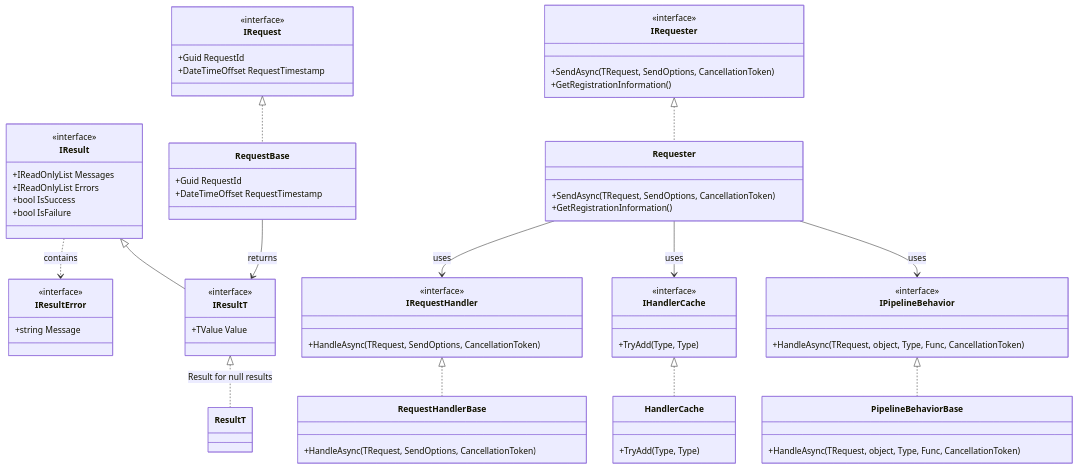
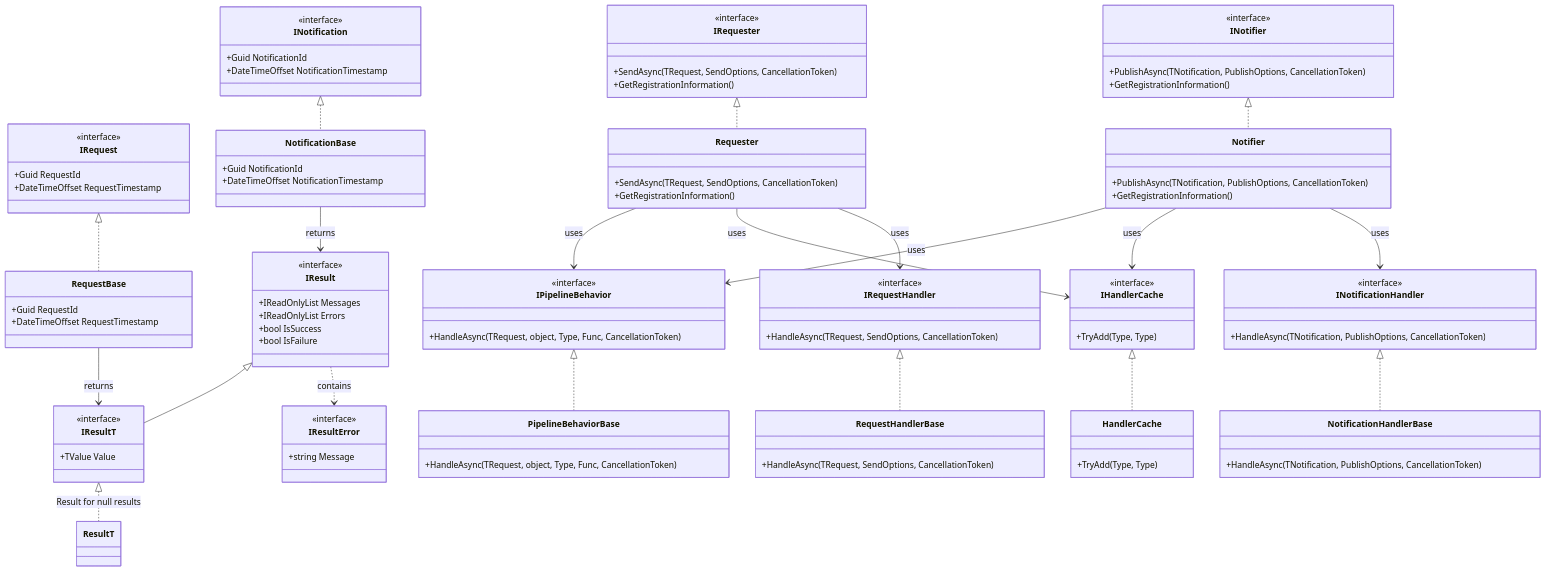
The diagram in docs/features-requester-notifier.md (BridgingIT-GmbH/bITdevKit), drawn with Mermaid before and after one commit. The commit also changed other lines of this file and 5 other files, not shown here.

````diff
--- a/docs/features-requester-notifier.md
+++ b/docs/features-requester-notifier.md
@@ -56,6 +65,12 @@
     class IRequester {
         <<interface>>
         +SendAsync(TRequest, SendOptions, CancellationToken)
+        +GetRegistrationInformation()
+    }
+
+    class INotifier {
+        <<interface>>
+        +PublishAsync(TNotification, PublishOptions, CancellationToken)
         +GetRegistrationInformation()
     }
 
@@ -83,6 +98,12 @@
         +DateTimeOffset RequestTimestamp
     }
 
+    class INotification {
+        <<interface>>
+        +Guid NotificationId
+        +DateTimeOffset NotificationTimestamp
+    }
+
     class IPipelineBehavior {
         <<interface>>
         +HandleAsync(TRequest, object, Type, Func, CancellationToken)
@@ -98,14 +119,29 @@
         +HandleAsync(TRequest, SendOptions, CancellationToken)
     }
 
+    class INotificationHandler {
+        <<interface>>
+        +HandleAsync(TNotification, PublishOptions, CancellationToken)
+    }
+
     class Requester {
         +SendAsync(TRequest, SendOptions, CancellationToken)
+        +GetRegistrationInformation()
+    }
+
+    class Notifier {
+        +PublishAsync(TNotification, PublishOptions, CancellationToken)
         +GetRegistrationInformation()
     }
 
     class RequestBase {
         +Guid RequestId
         +DateTimeOffset RequestTimestamp
+    }
+
+    class NotificationBase {
+        +Guid NotificationId
+        +DateTimeOffset NotificationTimestamp
     }
 
     class PipelineBehaviorBase {
@@ -120,16 +156,27 @@
         +HandleAsync(TRequest, SendOptions, CancellationToken)
     }
 
+    class NotificationHandlerBase {
+        +HandleAsync(TNotification, PublishOptions, CancellationToken)
+    }
+
     IRequester <|.. Requester
+    INotifier <|.. Notifier
     IResult <|-- IResultT
     IResult ..> IResultError : contains
     IResultT <|.. ResultT : Result<Unit> for null results
     IRequest <|.. RequestBase
+    INotification <|.. NotificationBase
     IPipelineBehavior <|.. PipelineBehaviorBase
     IHandlerCache <|.. HandlerCache
     IRequestHandler <|.. RequestHandlerBase
+    INotificationHandler <|.. NotificationHandlerBase
     Requester --> IPipelineBehavior : uses
     Requester --> IHandlerCache : uses
     Requester --> IRequestHandler : uses
+    Notifier --> IPipelineBehavior : uses
+    Notifier --> IHandlerCache : uses
+    Notifier --> INotificationHandler : uses
     RequestBase --> IResultT : returns
+    NotificationBase --> IResult : returns
 ```
````
